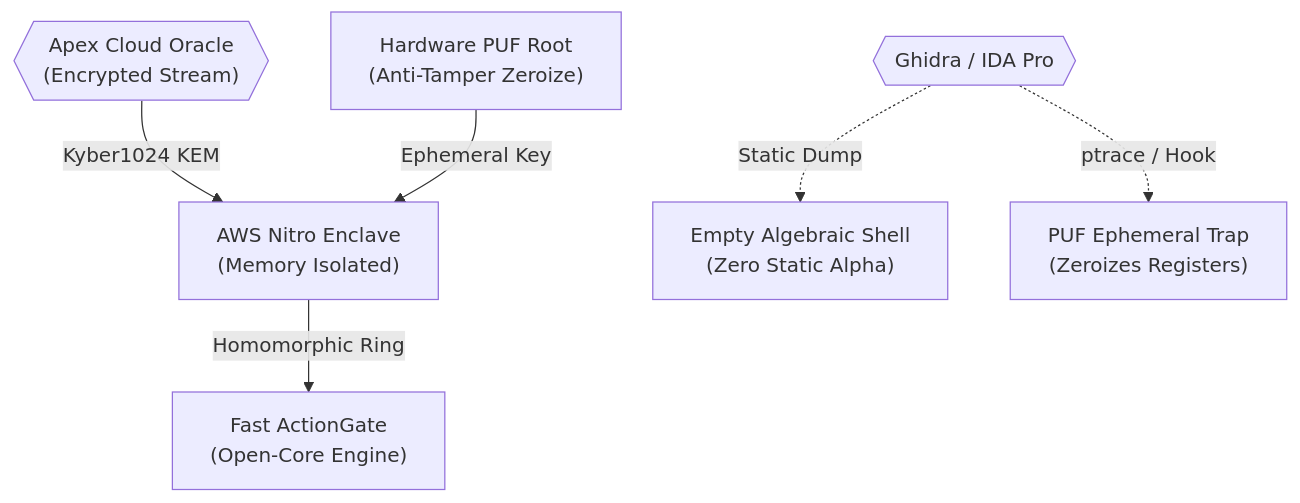
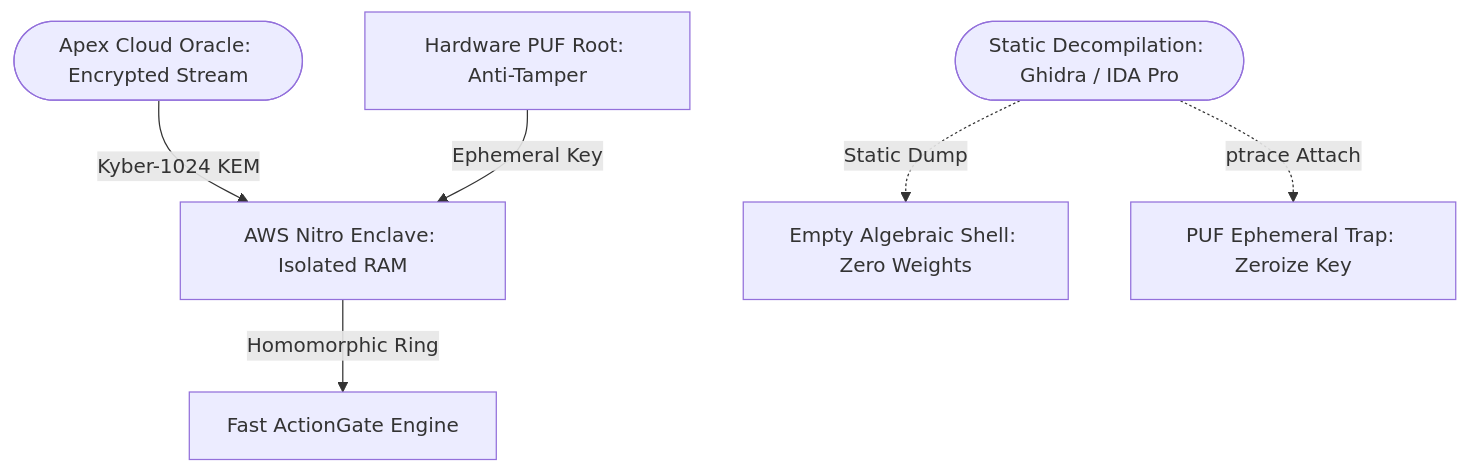
Before and after one commit to AAH20/apex-compute-energy-futures: the third of 3 diagrams in README.md, drawn with Mermaid. The commit also changed other lines of this file and 4 other files, not shown here.

Commit message:
fix(diagrams): sanitize mermaid syntax for 100% github native rendering

````diff
--- a/README.md
+++ b/README.md
@@ -93,10 +93,10 @@
 ```mermaid
 flowchart TD
-    ORACLE{{"Apex Cloud Oracle<br>(Encrypted Stream)"}} -->|Kyber1024 KEM| ENCLAVE["AWS Nitro Enclave<br>(Memory Isolated)"]
-    PUF["Hardware PUF Root<br>(Anti-Tamper Zeroize)"] -->|Ephemeral Key| ENCLAVE
+    ORACLE(["Apex Cloud Oracle: Encrypted Stream"]) -->|"Kyber-1024 KEM"| ENCLAVE["AWS Nitro Enclave: Isolated RAM"]
+    PUF["Hardware PUF Root: Anti-Tamper"] -->|"Ephemeral Key"| ENCLAVE
     
-    ENCLAVE -->|Homomorphic Ring| SOLVER["Fast ActionGate<br>(Open-Core Engine)"]
+    ENCLAVE -->|"Homomorphic Ring"| SOLVER["Fast ActionGate Engine"]
     
-    DECOMP{{Ghidra / IDA Pro}} -.->|Static Dump| EMPTY["Empty Algebraic Shell<br>(Zero Static Alpha)"]
-    DECOMP -.->|ptrace / Hook| KILL["PUF Ephemeral Trap<br>(Zeroizes Registers)"]
+    DECOMP(["Static Decompilation: Ghidra / IDA Pro"]) -.->|"Static Dump"| EMPTY["Empty Algebraic Shell: Zero Weights"]
+    DECOMP -.->|"ptrace Attach"| KILL["PUF Ephemeral Trap: Zeroize Key"]
 ```
````
